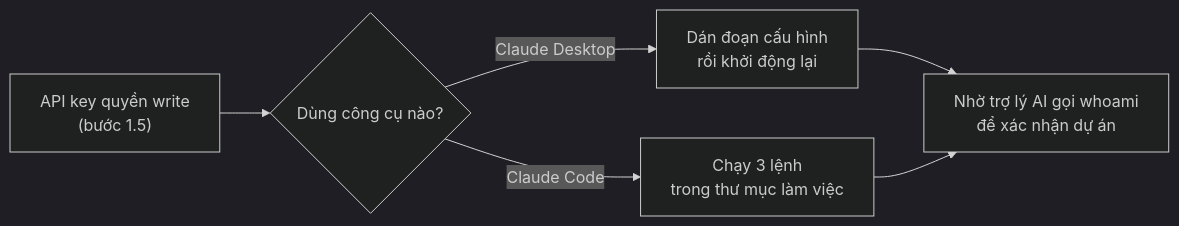
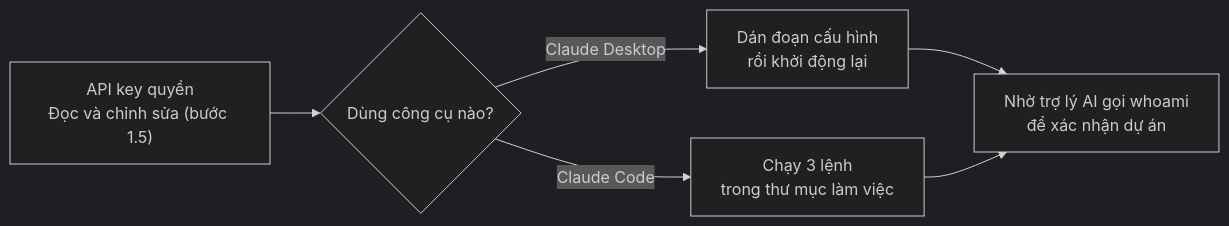
Before and after one commit to framgia/momorph-support: the third of 7 diagrams in docs/v2-user-guide.vi.md, drawn with Mermaid (dark theme). The commit also changed other lines of this file and 21 other files, not shown here.

````diff
--- a/docs/v2-user-guide.vi.md
+++ b/docs/v2-user-guide.vi.md
@@ -101,8 +103,8 @@
 ```mermaid
 flowchart LR
-  K["API key quyền write<br>(bước 1.5)"] --> Q{"Dùng công cụ nào?"}
+  K["API key quyền<br>Đọc và chỉnh sửa (bước 1.5)"] --> Q{"Dùng công cụ nào?"}
   Q -- "Claude Desktop" --> D["Dán đoạn cấu hình<br>rồi khởi động lại"]
   Q -- "Claude Code" --> C["Chạy 3 lệnh<br>trong thư mục làm việc"]
   D --> W["Nhờ trợ lý AI gọi whoami<br>để xác nhận dự án"]
   C --> W
 ```
````
